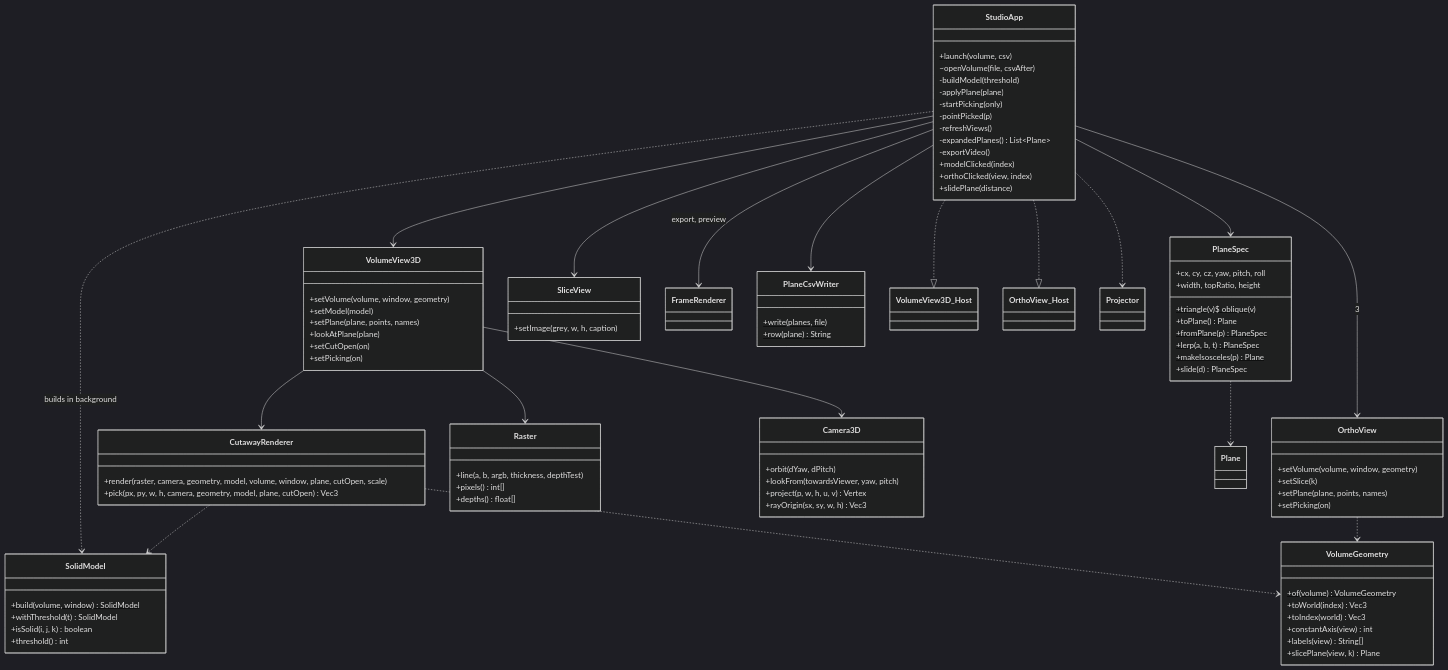
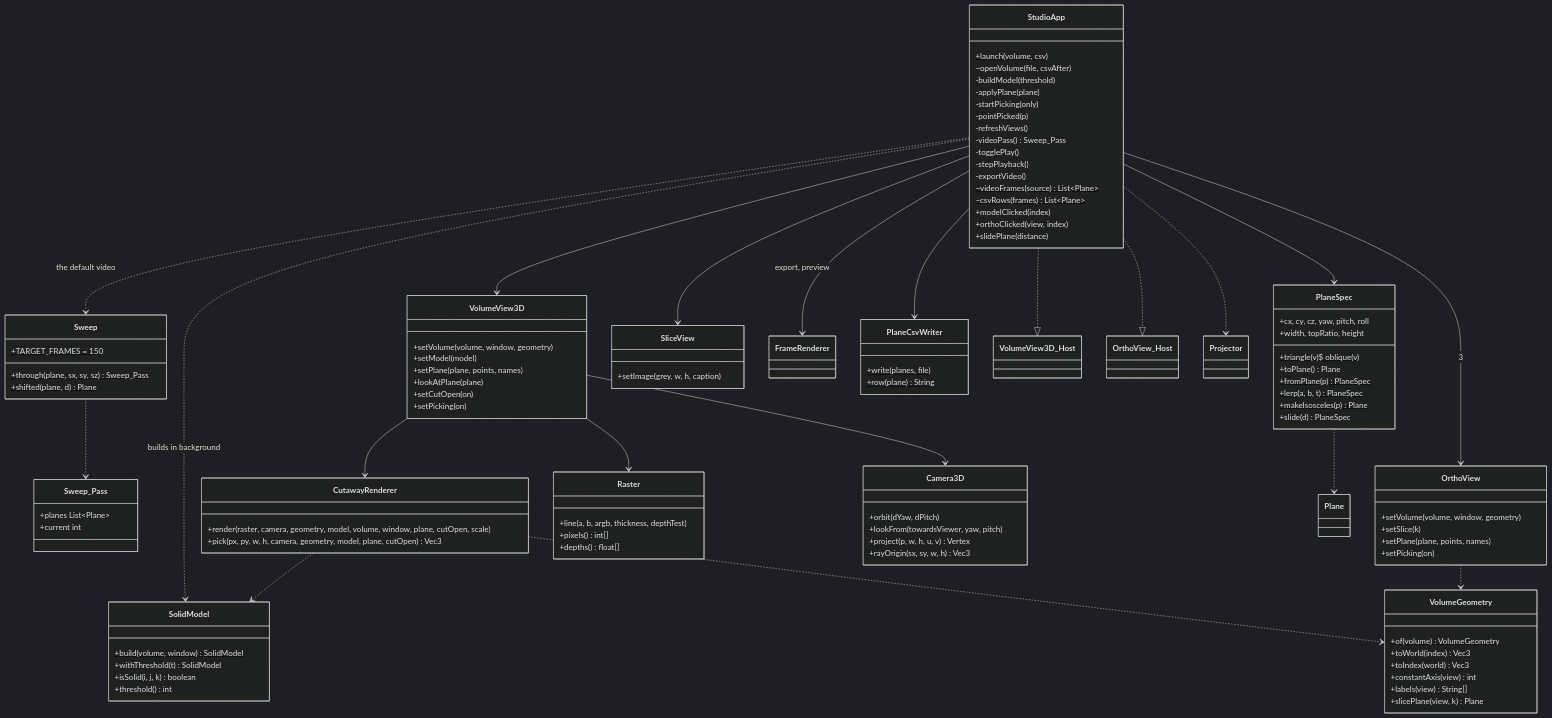
The fourth of 6 diagrams in docs/SDD.md (NoamTheGolem/Intro2SE_Ex1), drawn with Mermaid (dark theme) before and after one commit. The commit also changed other lines of this file and 13 other files, not shown here.

```diff
--- a/docs/SDD.md
+++ b/docs/SDD.md
@@ -192,11 +195,24 @@
       -startPicking(only)
       -pointPicked(p)
       -refreshViews()
-      -expandedPlanes() List~Plane~
+      -videoPass() Sweep_Pass
+      -togglePlay()
+      -stepPlayback()
       -exportVideo()
+      ~videoFrames(source)$ List~Plane~
+      ~csvRows(frames)$ List~Plane~
       +modelClicked(index)
       +orthoClicked(view, index)
       +slidePlane(distance)
+    }
+    class Sweep {
+      +TARGET_FRAMES = 150$
+      +through(plane, sx, sy, sz)$ Sweep_Pass
+      +shifted(plane, d)$ Plane
+    }
+    class Sweep_Pass {
+      +planes List~Plane~
+      +current int
     }
     class PlaneSpec {
       +cx, cy, cz, yaw, pitch, roll
@@ -260,6 +276,8 @@
       +row(plane)$ String
     }
     StudioApp --> PlaneSpec
+    StudioApp ..> Sweep : the default video
+    Sweep ..> Sweep_Pass
     StudioApp --> VolumeView3D
     StudioApp --> OrthoView : 3
     StudioApp --> SliceView
```
